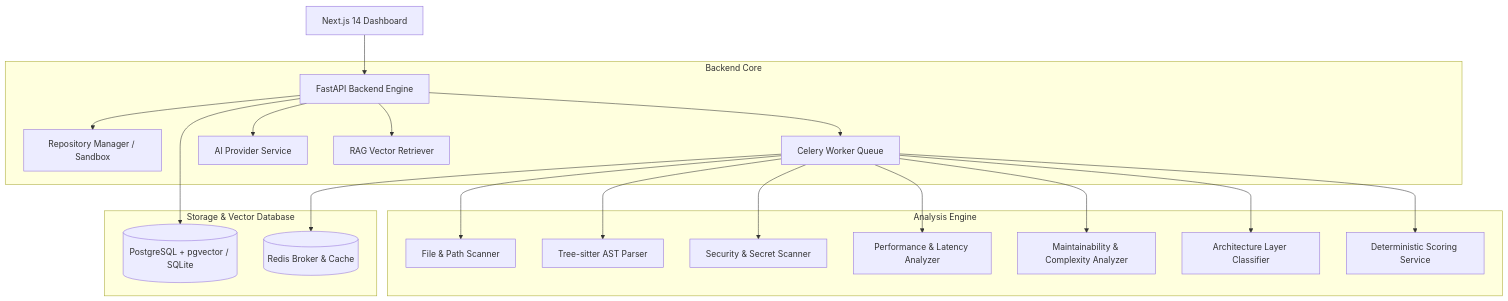
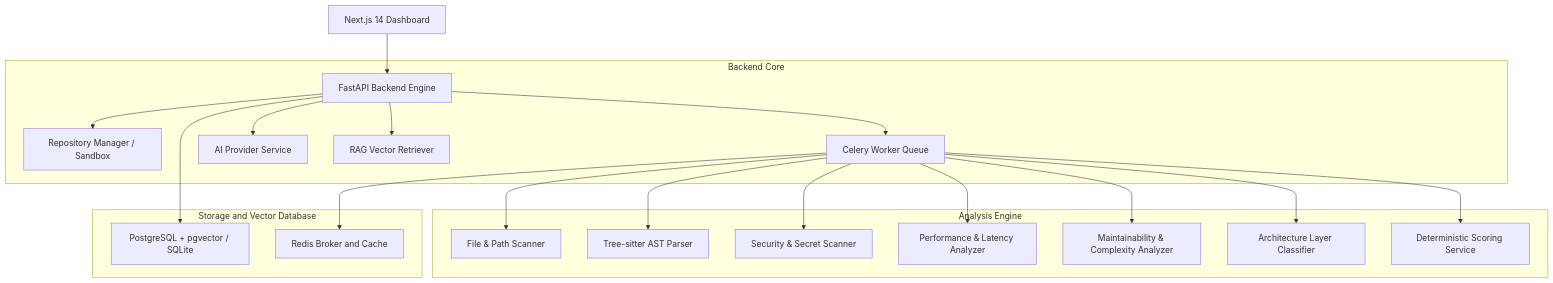
One commit to Berkan0535/-CodeXray changed the third of 4 diagrams in README.md. Above: the diagram before and after it, drawn with Mermaid. The commit also changed other lines of this file, not shown here.

Commit message:
fix(docs): resolve Mermaid parser error by removing invalid cylinder quotes and spacing

````diff
--- a/README.md
+++ b/README.md
@@ -178,26 +181,26 @@
 ```mermaid
-flowchart TB
+flowchart TD
     Client["Next.js 14 Dashboard"] --> API["FastAPI Backend Engine"]
     
-    subgraph BackendCore ["Backend Core"]
+    subgraph BackendCore["Backend Core"]
         API --> RepoMgr["Repository Manager / Sandbox"]
         API --> TaskQueue["Celery Worker Queue"]
         API --> AIService["AI Provider Service"]
         API --> RAG["RAG Vector Retriever"]
     end
 
-    subgraph AnalysisEngine ["Analysis Engine"]
+    subgraph AnalysisEngine["Analysis Engine"]
         TaskQueue --> Scanner["File & Path Scanner"]
         TaskQueue --> AST["Tree-sitter AST Parser"]
         TaskQueue --> Security["Security & Secret Scanner"]
         TaskQueue --> Perf["Performance & Latency Analyzer"]
         TaskQueue --> Quality["Maintainability & Complexity Analyzer"]
         TaskQueue --> Arch["Architecture Layer Classifier"]
         TaskQueue --> Scoring["Deterministic Scoring Service"]
     end
 
-    subgraph StorageDB ["Storage & Vector Database"]
-        API --> DB[("PostgreSQL + pgvector / SQLite")]
-        TaskQueue --> Redis[("Redis Broker & Cache")]
+    subgraph StorageDB["Storage and Vector Database"]
+        API --> DB["PostgreSQL + pgvector / SQLite"]
+        TaskQueue --> Redis["Redis Broker and Cache"]
     end
 ```
````
